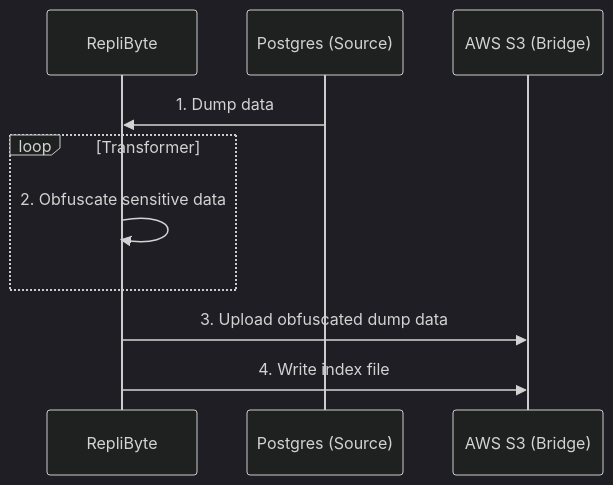
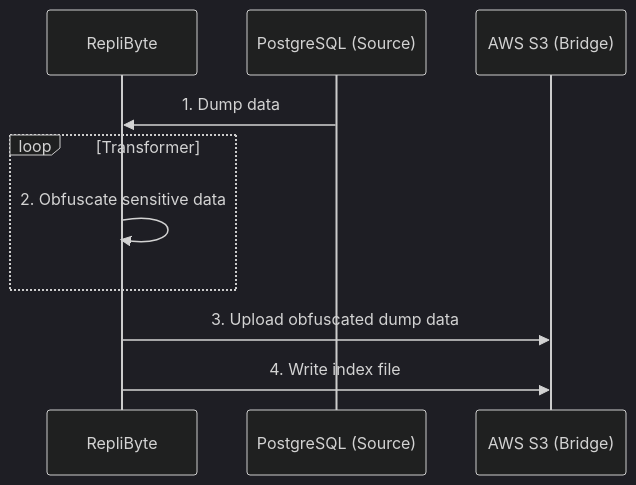
The first of 2 diagrams in README.md (Qovery/Replibyte), drawn with Mermaid (dark theme) before and after one commit. The commit also changed other lines of this file, not shown here.

Commit message:
Typo: change Postgres to PostgreSQL

````diff
--- a/README.md
+++ b/README.md
@@ -154,12 +154,12 @@
 ```mermaid
 sequenceDiagram
     participant RepliByte
-    participant Postgres (Source)
+    participant PostgreSQL (Source)
     participant AWS S3 (Bridge)
-    Postgres (Source)->>RepliByte: 1. Dump data
+    PostgreSQL (Source)->>RepliByte: 1. Dump data
     loop Transformer
         RepliByte->>RepliByte: 2. Obfuscate sensitive data
     end
     RepliByte->>AWS S3 (Bridge): 3. Upload obfuscated dump data
     RepliByte->>AWS S3 (Bridge): 4. Write index file
 ```
````
